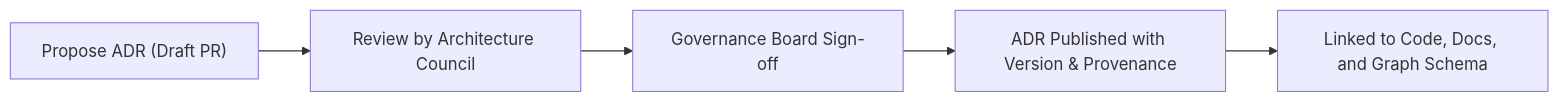
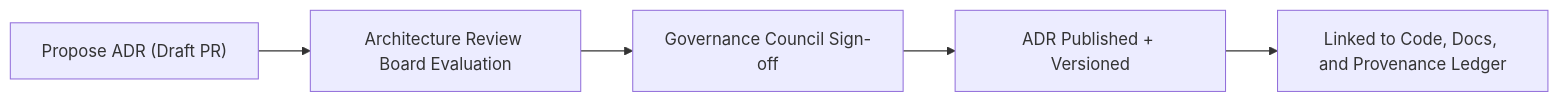
Before and after one commit to bartytime4life/Kansas-Frontier-Matrix: the diagram in docs/architecture/adr/README.md, drawn with Mermaid. The commit also changed other lines of this file, not shown here.

````diff
--- a/docs/architecture/adr/README.md
+++ b/docs/architecture/adr/README.md
@@ -119,7 +120,7 @@
 ```mermaid
 flowchart LR
-  A["Propose ADR (Draft PR)"] --> B["Review by Architecture Council"]
-  B --> C["Governance Board Sign-off"]
-  C --> D["ADR Published with Version & Provenance"]
-  D --> E["Linked to Code, Docs, and Graph Schema"]
+  A["Propose ADR (Draft PR)"] --> B["Architecture Review Board Evaluation"]
+  B --> C["Governance Council Sign-off"]
+  C --> D["ADR Published + Versioned"]
+  D --> E["Linked to Code, Docs, and Provenance Ledger"]
 ```
````
